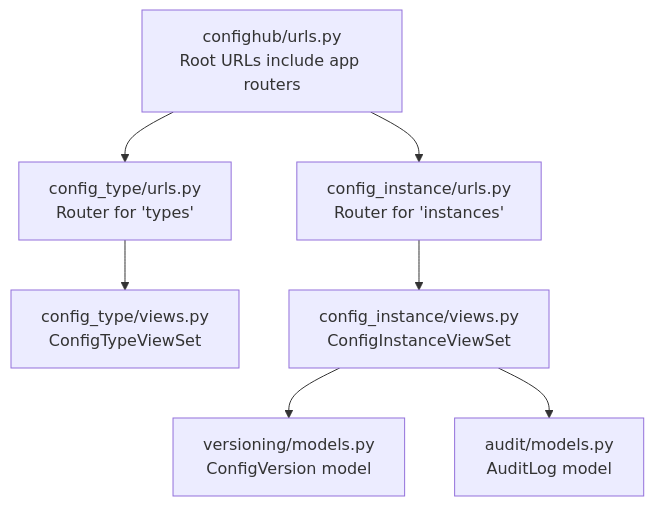
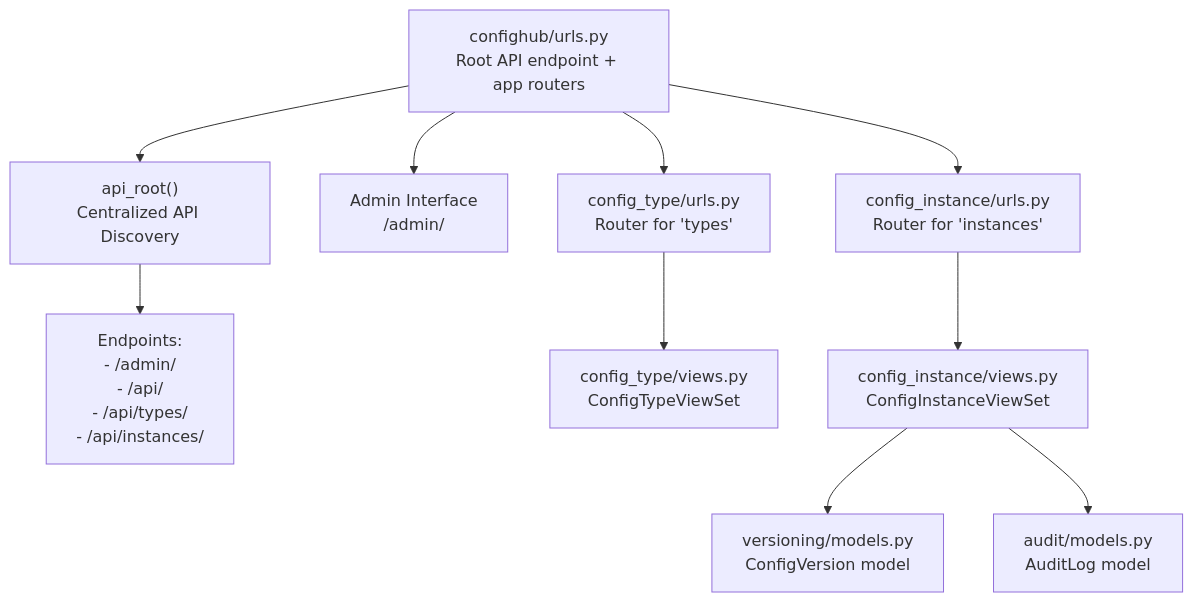
Before and after one commit to fengyong/ai-ops: the first of 3 diagrams in .qoder/repowiki/en/content/Backend API Documentation/Backend API Documentation.md, drawn with Mermaid. The commit also changed other lines of this file and 7 other files, not shown here.

````diff
--- a/.qoder/repowiki/en/content/Backend API Documentation/Backend API Documentation.md
+++ b/.qoder/repowiki/en/content/Backend API Documentation/Backend API Documentation.md
@@ -37,9 +46,12 @@
 ```mermaid
 graph TB
-Root["confighub/urls.py<br/>Root URLs include app routers"] --> CT["config_type/urls.py<br/>Router for 'types'"]
+Root["confighub/urls.py<br/>Root API endpoint + app routers"] --> APIRoot["api_root()<br/>Centralized API Discovery"]
+Root --> Admin["Admin Interface<br/>/admin/"]
+Root --> CT["config_type/urls.py<br/>Router for 'types'"]
 Root --> CI["config_instance/urls.py<br/>Router for 'instances'"]
+APIRoot --> Endpoints["Endpoints:<br/>- /admin/<br/>- /api/<br/>- /api/types/<br/>- /api/instances/"]
 CT --> CTV["config_type/views.py<br/>ConfigTypeViewSet"]
 CI --> CIV["config_instance/views.py<br/>ConfigInstanceViewSet"]
 CIV --> VM["versioning/models.py<br/>ConfigVersion model"]
 CIV --> AM["audit/models.py<br/>AuditLog model"]
 ```
````
